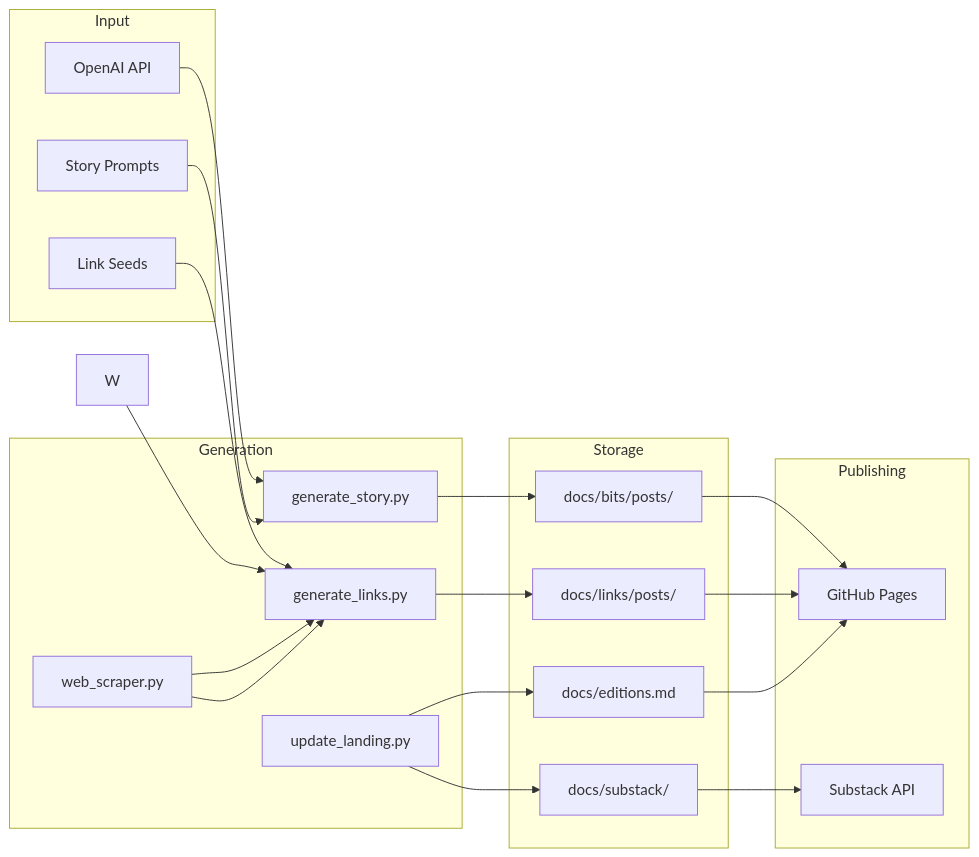
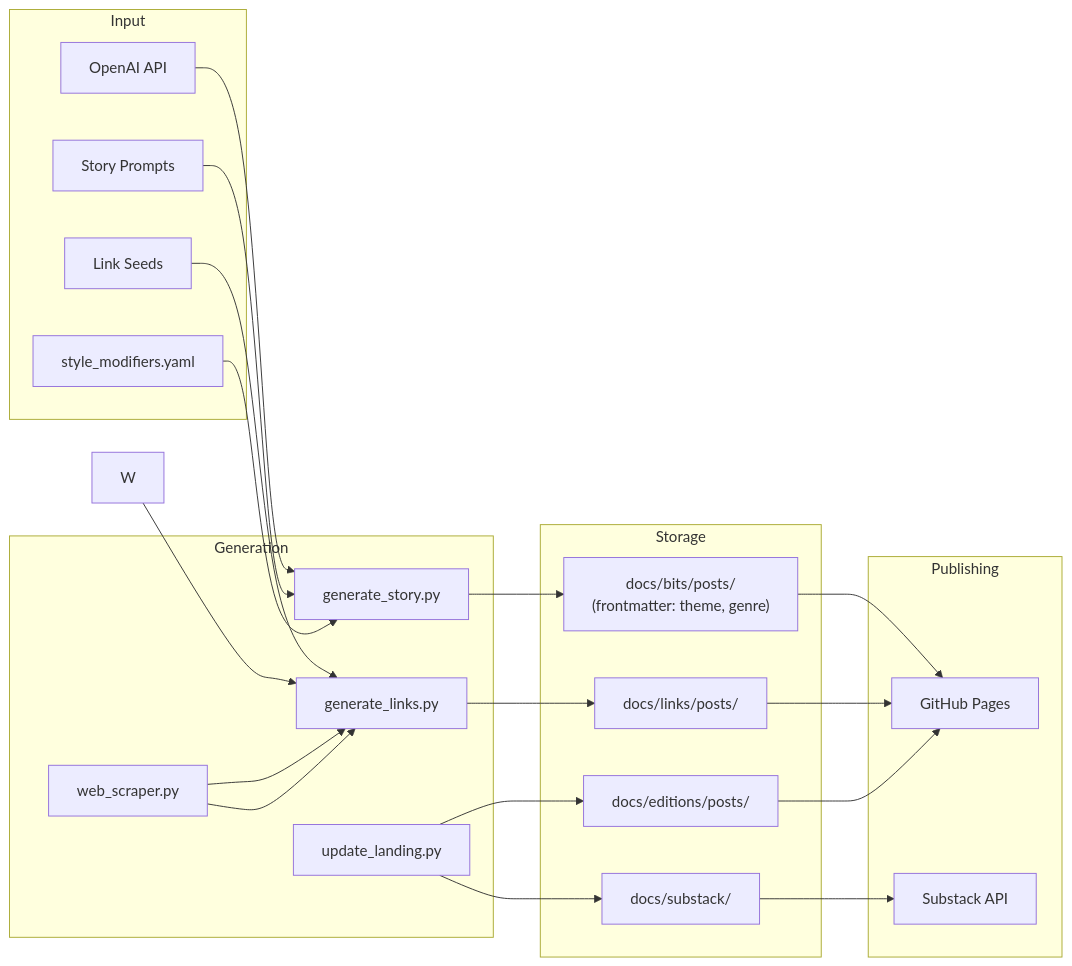
Before and after one commit to obscurebit/b1ts: the second of 9 diagrams in SYSTEM_DESIGN.md, drawn with Mermaid. The commit also changed other lines of this file and 19 other files, not shown here.

First line of the commit message:
Add style modifiers, genre tags, theme tags, --date backfill support, and 2026-02-10 edition

````diff
--- a/SYSTEM_DESIGN.md
+++ b/SYSTEM_DESIGN.md
@@ -48,43 +49,45 @@
 ```mermaid
 flowchart LR
     subgraph "Input"
         A1[OpenAI API]
         A2[Story Prompts]
         A3[Link Seeds]
+        SM[style_modifiers.yaml]
     end
     
     subgraph "Generation"
         B1[generate_story.py]
         B2[generate_links.py]
         B3[update_landing.py]
         WS[web_scraper.py]
     end
     
     WS --> B2
     
     subgraph "Storage"
-        C1[docs/bits/posts/]
+        C1["docs/bits/posts/<br/>(frontmatter: theme, genre)"]
         C2[docs/links/posts/]
-        C3[docs/editions.md]
+        C3[docs/editions/posts/]
         C4[docs/substack/]
     end
     
     subgraph "Publishing"
         D1[GitHub Pages]
         D2[Substack API]
     end
     
     A1 --> B1
     A2 --> B1
+    SM --> B1
     W --> B2
     A3 --> B2
     WS --> B2
     B1 --> C1
     B2 --> C2
     B3 --> C3
     B3 --> C4
     C1 --> D1
     C2 --> D1
     C3 --> D1
     C4 --> D2
 ```
````
